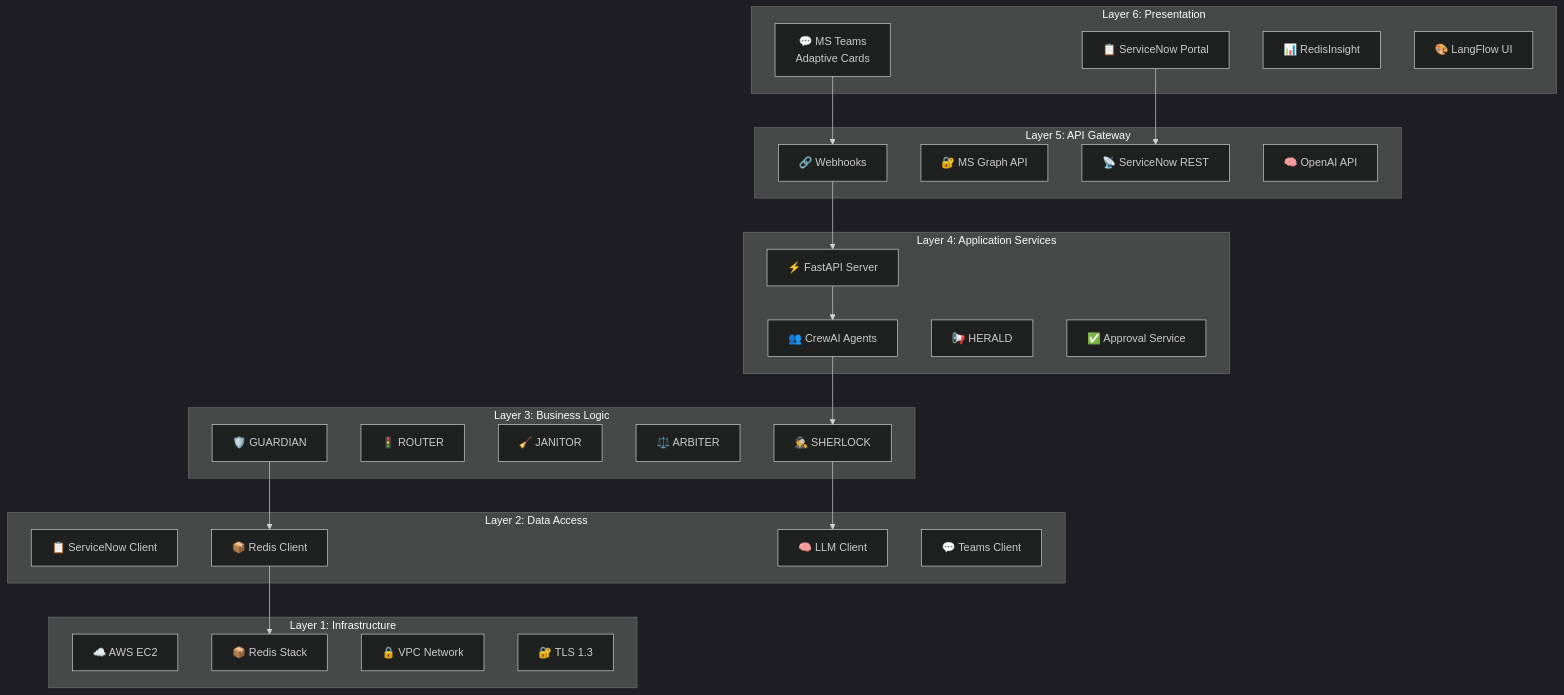
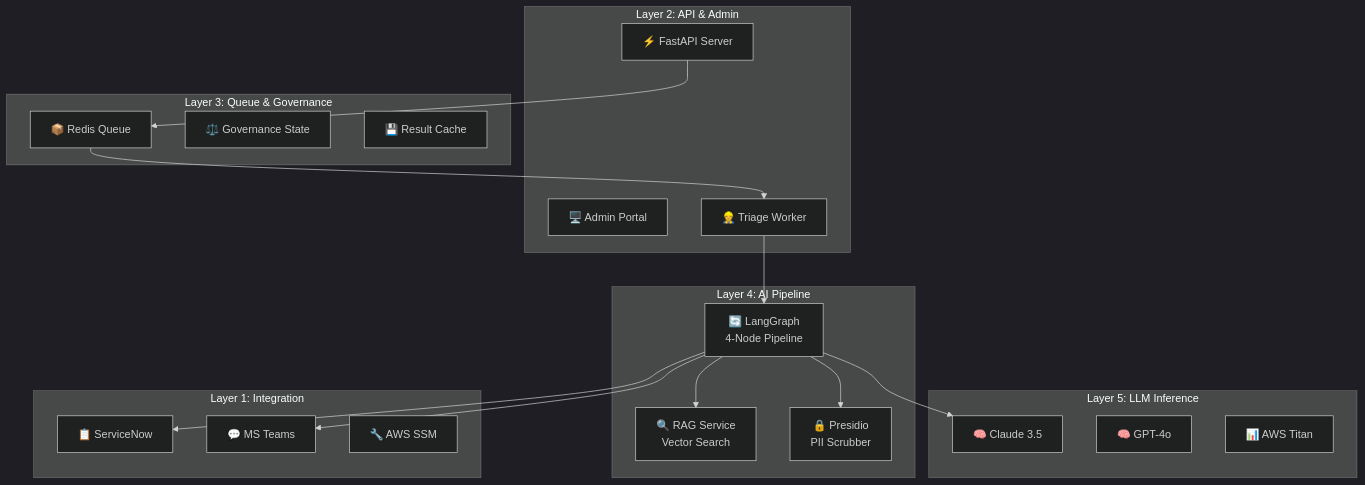
One commit to maniltns/AEGIS changed the second of 5 diagrams in docs/architecture.md. Above: the diagram before and after it, drawn with Mermaid (dark theme). The commit also changed other lines of this file and 15 other files, not shown here.

````diff
--- a/docs/architecture.md
+++ b/docs/architecture.md
@@ -40,54 +40,41 @@
 ```mermaid
 graph TB
-    subgraph "Layer 6: Presentation"
-        UI_TEAMS["💬 MS Teams<br/>Adaptive Cards"]
-        UI_SNOW["📋 ServiceNow Portal"]
-        UI_INSIGHT["📊 RedisInsight"]
-        UI_LF["🎨 LangFlow UI"]
+    subgraph "Layer 5: LLM Inference"
+        LLM_CLAUDE["🧠 Claude 3.5"]
+        LLM_GPT["🧠 GPT-4o"]
+        LLM_TITAN["📊 AWS Titan"]
     end
 
-    subgraph "Layer 5: API Gateway"
-        API_WEBHOOK["🔗 Webhooks"]
-        API_GRAPH["🔐 MS Graph API"]
-        API_SNOW["📡 ServiceNow REST"]
-        API_OPENAI["🧠 OpenAI API"]
+    subgraph "Layer 4: AI Pipeline"
+        GRAPH["🔄 LangGraph<br/>4-Node Pipeline"]
+        RAG["🔍 RAG Service<br/>Vector Search"]
+        PII["🔒 Presidio<br/>PII Scrubber"]
     end
 
-    subgraph "Layer 4: Application Services"
-        SVC_API["⚡ FastAPI Server"]
-        SVC_AGENT["👥 CrewAI Agents"]
-        SVC_NOTIFY["📢 HERALD"]
-        SVC_APPROVE["✅ Approval Service"]
+    subgraph "Layer 3: Queue & Governance"
+        REDIS_Q["📦 Redis Queue"]
+        REDIS_GOV["⚖️ Governance State"]
+        REDIS_CACHE["💾 Result Cache"]
     end
 
-    subgraph "Layer 3: Business Logic"
-        BIZ_TRIAGE["🕵️ SHERLOCK"]
-        BIZ_ROUTE["🚦 ROUTER"]
-        BIZ_REMED["🧹 JANITOR"]
-        BIZ_GOV["⚖️ ARBITER"]
-        BIZ_STORM["🛡️ GUARDIAN"]
+    subgraph "Layer 2: API & Admin"
+        API["⚡ FastAPI Server"]
+        ADMIN["🖥️ Admin Portal"]
+        WORKER["👷 Triage Worker"]
     end
 
-    subgraph "Layer 2: Data Access"
-        DAL_SNOW["📋 ServiceNow Client"]
-        DAL_REDIS["📦 Redis Client"]
-        DAL_LLM["🧠 LLM Client"]
-        DAL_TEAMS["💬 Teams Client"]
+    subgraph "Layer 1: Integration"
+        SNOW["📋 ServiceNow"]
+        TEAMS["💬 MS Teams"]
+        SSM["🔧 AWS SSM"]
     end
 
-    subgraph "Layer 1: Infrastructure"
-        INFRA_AWS["☁️ AWS EC2"]
-        INFRA_REDIS["📦 Redis Stack"]
-        INFRA_NET["🔒 VPC Network"]
-        INFRA_SSL["🔐 TLS 1.3"]
-    end
-
-    UI_TEAMS --> API_WEBHOOK
-    UI_SNOW --> API_SNOW
-    API_WEBHOOK --> SVC_API
-    SVC_API --> SVC_AGENT
-    SVC_AGENT --> BIZ_TRIAGE
-    BIZ_TRIAGE --> DAL_LLM
-    BIZ_STORM --> DAL_REDIS
-    DAL_REDIS --> INFRA_REDIS
+    API --> REDIS_Q
+    REDIS_Q --> WORKER
+    WORKER --> GRAPH
+    GRAPH --> RAG
+    GRAPH --> PII
+    GRAPH --> LLM_CLAUDE
+    GRAPH --> SNOW
+    GRAPH --> TEAMS
 ```
````
